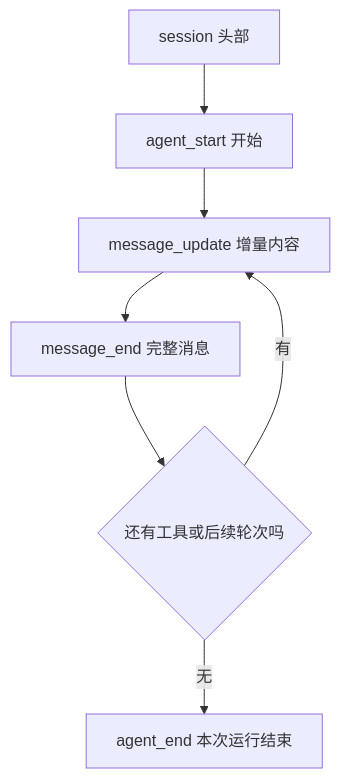
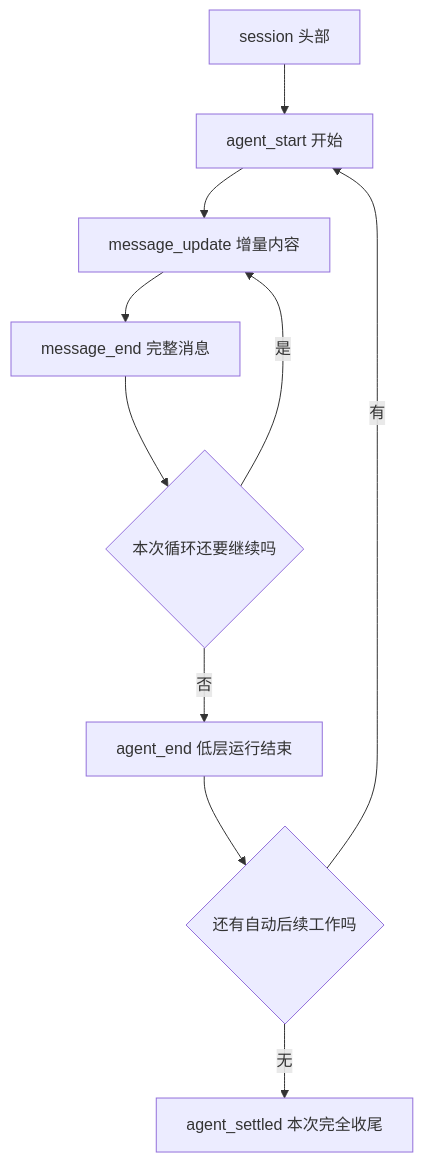
One commit to small-xiexu/pi-study changed the diagram in docs/tutorials/07-一次性运行与结构化输出.md. Above: the diagram before and after it, drawn with Mermaid. The commit also changed other lines of this file and 44 other files, not shown here.

````diff
--- a/docs/tutorials/07-一次性运行与结构化输出.md
+++ b/docs/tutorials/07-一次性运行与结构化输出.md
@@ -47,9 +53,12 @@
 ```mermaid
 flowchart TD
     A[session 头部] --> B[agent_start 开始]
     B --> C[message_update 增量内容]
     C --> D[message_end 完整消息]
-    D --> E{还有工具或后续轮次吗}
-    E -->|有| C
-    E -->|无| F[agent_end 本次运行结束]
+    D --> E{本次循环还要继续吗}
+    E -->|是| C
+    E -->|否| F[agent_end 低层运行结束]
+    F --> G{还有自动后续工作吗}
+    G -->|有| B
+    G -->|无| H[agent_settled 本次完全收尾]
 ```
````
